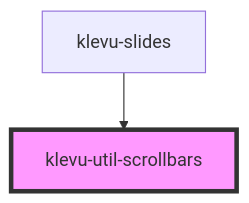
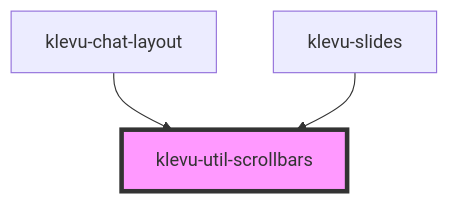
The diagram in packages/klevu-ui/src/components/klevu-util-scrollbars/readme.md (klevultd/frontend-sdk), drawn with Mermaid before and after one commit. The commit also changed other lines of this file and 20 other files, not shown here.

Commit message:
chat bubble and layout components

````diff
--- a/packages/klevu-ui/src/components/klevu-util-scrollbars/readme.md
+++ b/packages/klevu-ui/src/components/klevu-util-scrollbars/readme.md
@@ -50,5 +51,6 @@
 ```mermaid
 graph TD;
+  klevu-chat-layout --> klevu-util-scrollbars
   klevu-slides --> klevu-util-scrollbars
   style klevu-util-scrollbars fill:#f9f,stroke:#333,stroke-width:4px
 ```
````
